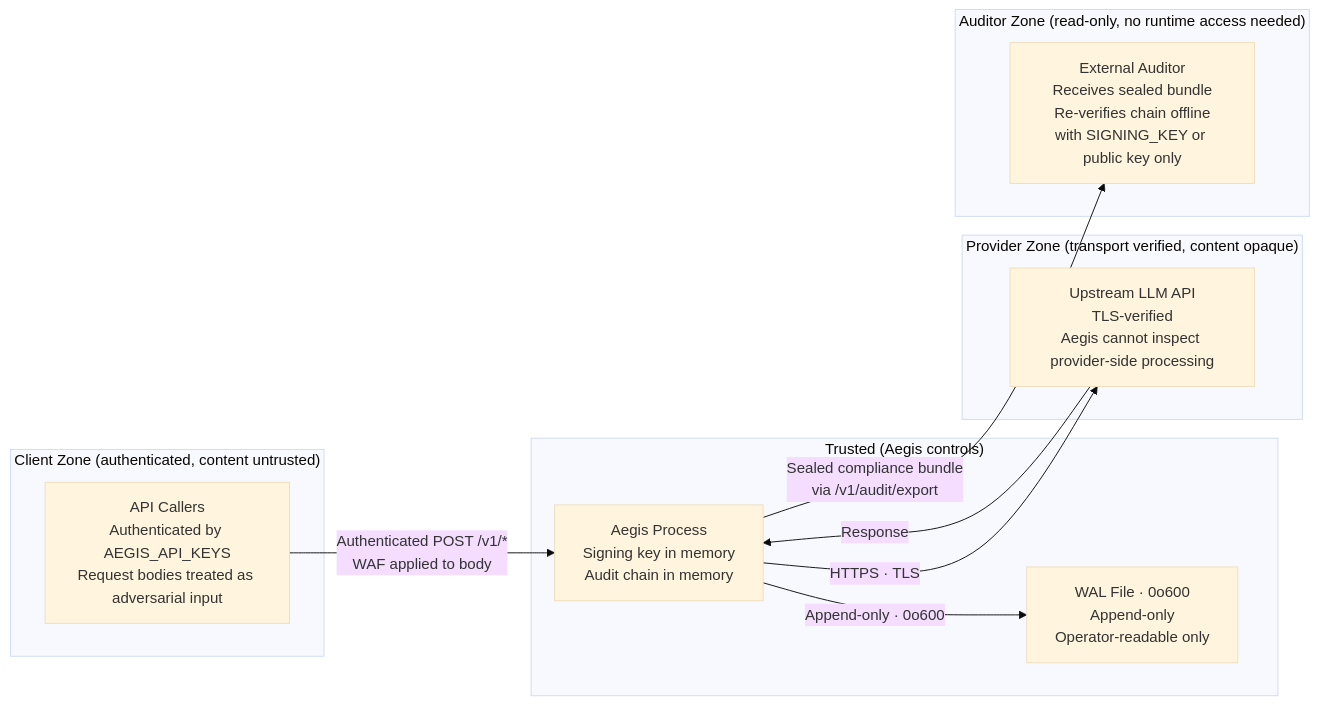
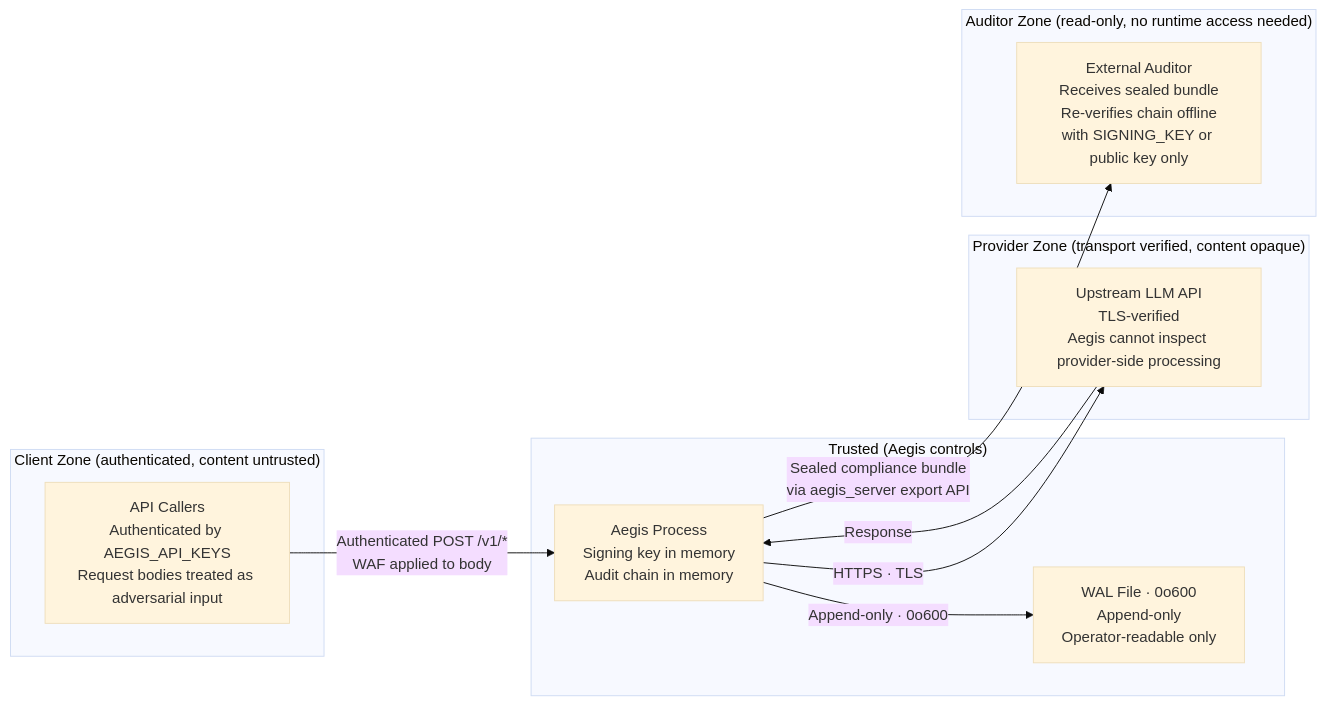
One commit to block-stacker/aegis-latent-core changed the fourth of 4 diagrams in README.md. Above: the diagram before and after it, drawn with Mermaid (base theme). The commit also changed other lines of this file and 1 other file, not shown here.

Commit message:
docs: fix README accuracy — audit endpoints, benchmark numbers, compliance export

````diff
--- a/README.md
+++ b/README.md
@@ -205,25 +205,25 @@
 ```mermaid
 graph LR
     subgraph Trusted["Trusted (Aegis controls)"]
         P["Aegis Process\nSigning key in memory\nAudit chain in memory"]
         W["WAL File · 0o600\nAppend-only\nOperator-readable only"]
     end
 
     subgraph Untrusted["Client Zone (authenticated, content untrusted)"]
         C["API Callers\nAuthenticated by AEGIS_API_KEYS\nRequest bodies treated as adversarial input"]
     end
 
     subgraph Provider["Provider Zone (transport verified, content opaque)"]
         U["Upstream LLM API\nTLS-verified\nAegis cannot inspect provider-side processing"]
     end
 
     subgraph Auditor["Auditor Zone (read-only, no runtime access needed)"]
         AU["External Auditor\nReceives sealed bundle\nRe-verifies chain offline\nwith SIGNING_KEY or public key only"]
     end
 
     C -->|"Authenticated POST /v1/*\nWAF applied to body"| P
     P -->|"HTTPS · TLS"| U
     U -->|"Response"| P
-    P -->|"Sealed compliance bundle\nvia /v1/audit/export"| AU
+    P -->|"Sealed compliance bundle\nvia aegis_server export API"| AU
     P -->|"Append-only · 0o600"| W
 ```
````
